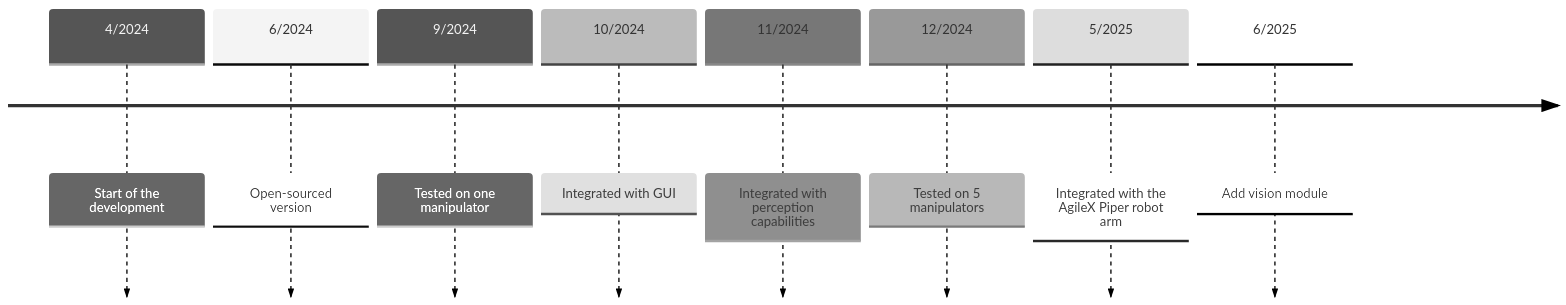
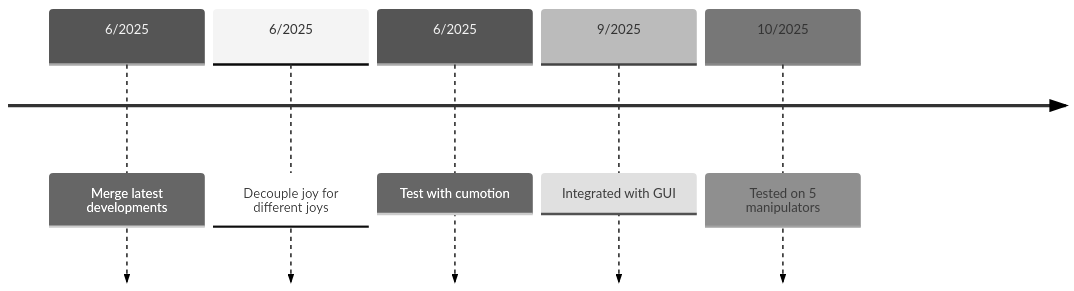
The diagram in README.md (CroboticSolutions/arm_api2), drawn with Mermaid (neutral theme) before and after one commit. The commit also changed other lines of this file and 1 other file, not shown here.

````diff
--- a/README.md
+++ b/README.md
@@ -382,11 +417,8 @@
 ```mermaid
 timeline
-    4/2024 : Start of the development
-    6/2024 : Open-sourced version
-    9/2024 : Tested on one manipulator
-    10/2024: Integrated with GUI 
-    11/2024: Integrated with perception capabilities
-    12/2024 : Tested on 5 manipulators
-    5/2025 : Integrated with the AgileX Piper robot arm
-    6/2025: Add vision module
+    6/2025 : Merge latest developments
+    6/2025 : Decouple joy for different joys
+    6/2025 : Test with cumotion
+    9/2025 : Integrated with GUI
+    10/2025 : Tested on 5 manipulators
 ```
````
